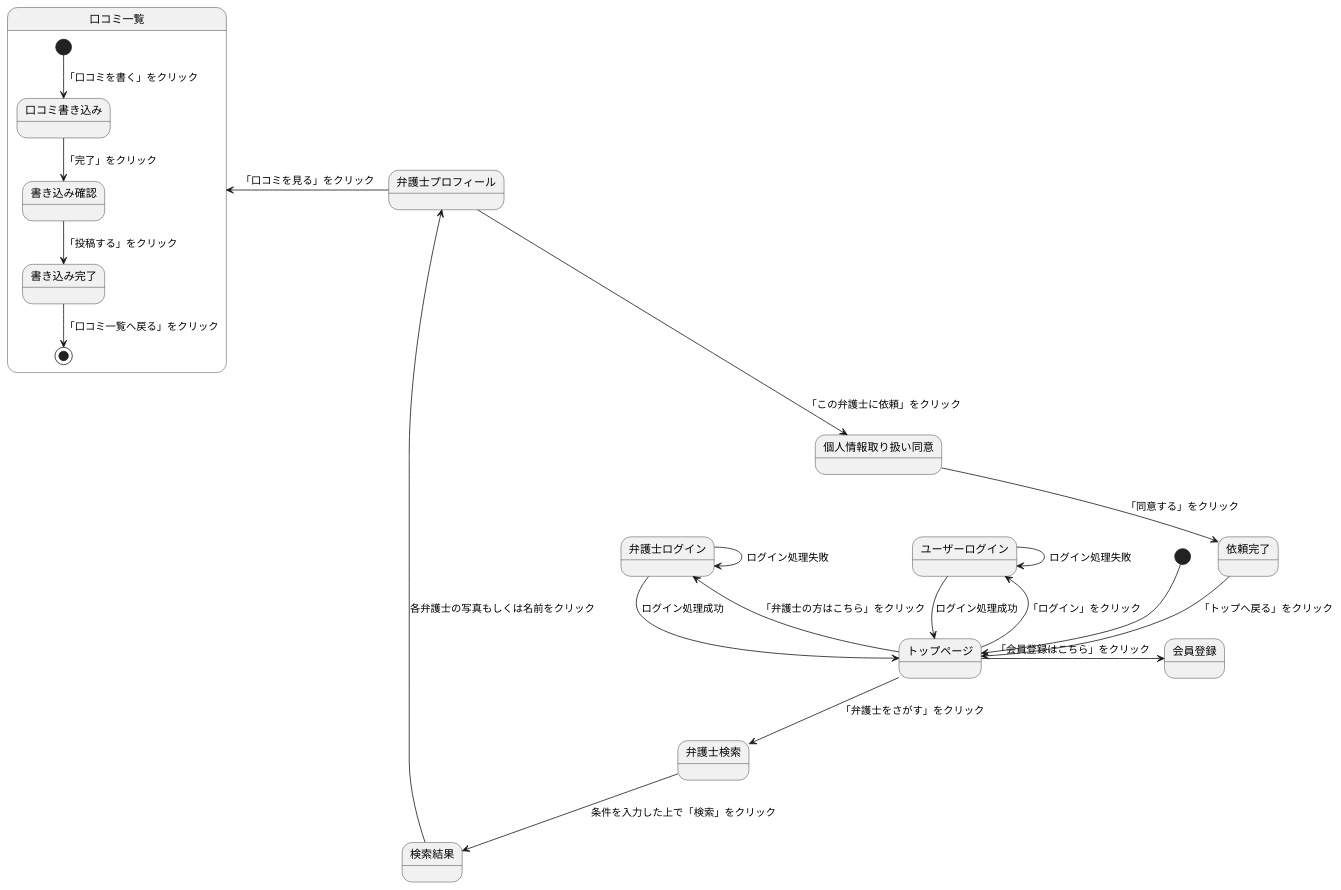
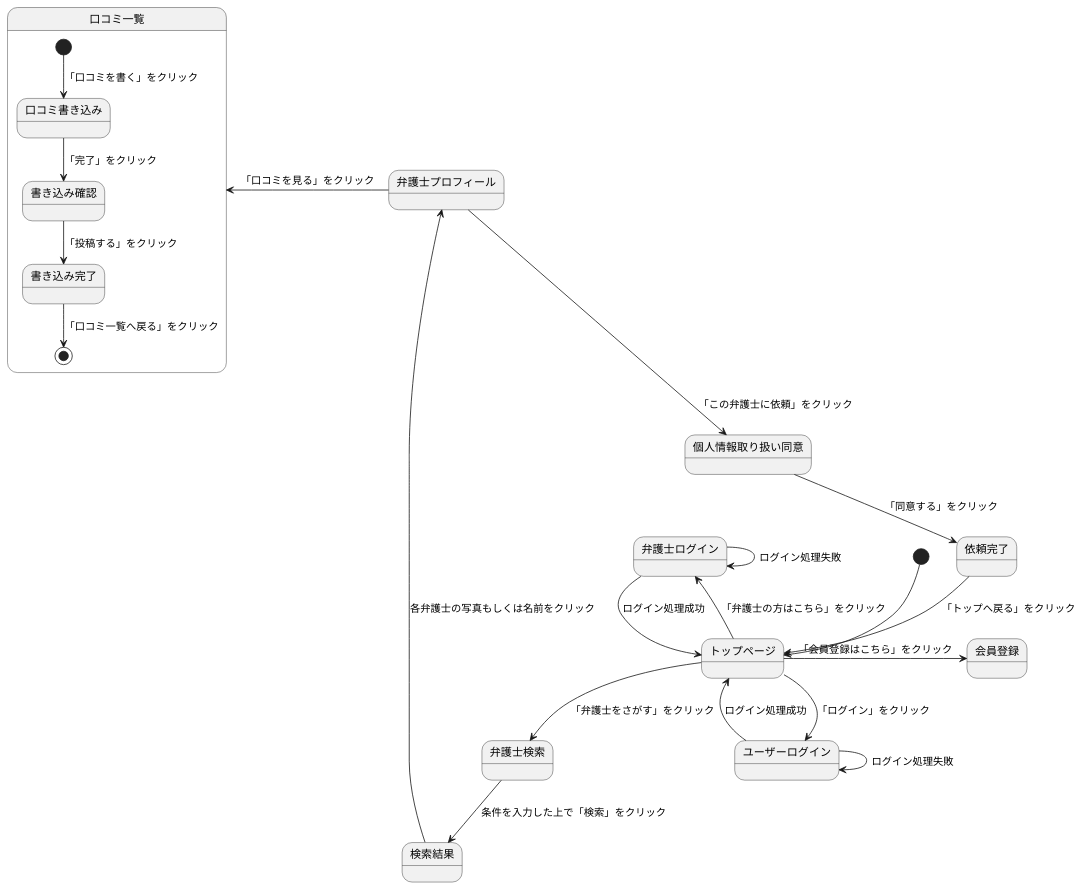
Before and after one commit to Aso2001374/2021sys-design: the diagram in 0524kadai.md, drawn with PlantUML.

````diff
--- a/0524kadai.md
+++ b/0524kadai.md
@@ -1,29 +1,29 @@
 ```uml
 @startuml
 [*] --> トップページ
 トップページ -> 会員登録:「会員登録はこちら」をクリック
-トップページ -left-> ユーザーログイン:「ログイン」をクリック
+トップページ --> ユーザーログイン:「ログイン」をクリック
 ユーザーログイン--> トップページ: ログイン処理成功
 ユーザーログイン--> ユーザーログイン: ログイン処理失敗
 
 トップページ -left-> 弁護士ログイン:「弁護士の方はこちら」をクリック
 弁護士ログイン--> トップページ: ログイン処理成功
 弁護士ログイン--> 弁護士ログイン: ログイン処理失敗
 
 トップページ --> 弁護士検索:「弁護士をさがす」をクリック
 弁護士検索 --> 検索結果: 条件を入力した上で「検索」をクリック
 検索結果 -down-> 弁護士プロフィール: 各弁護士の写真もしくは名前をクリック
 弁護士プロフィール -left-> 口コミ一覧:「口コミを見る」をクリック
 弁護士プロフィール --> 個人情報取り扱い同意:「この弁護士に依頼」をクリック
 個人情報取り扱い同意-->依頼完了:「同意する」をクリック
 依頼完了-->トップページ:「トップへ戻る」をクリック
 
 state 口コミ一覧{
 [*] --> 口コミ書き込み:「口コミを書く」をクリック
 口コミ書き込み --> 書き込み確認:「完了」をクリック
 書き込み確認 --> 書き込み完了:「投稿する」をクリック
 書き込み完了 --> [*]:「口コミ一覧へ戻る」をクリック
 }
 
 @enduml
 ```
````
